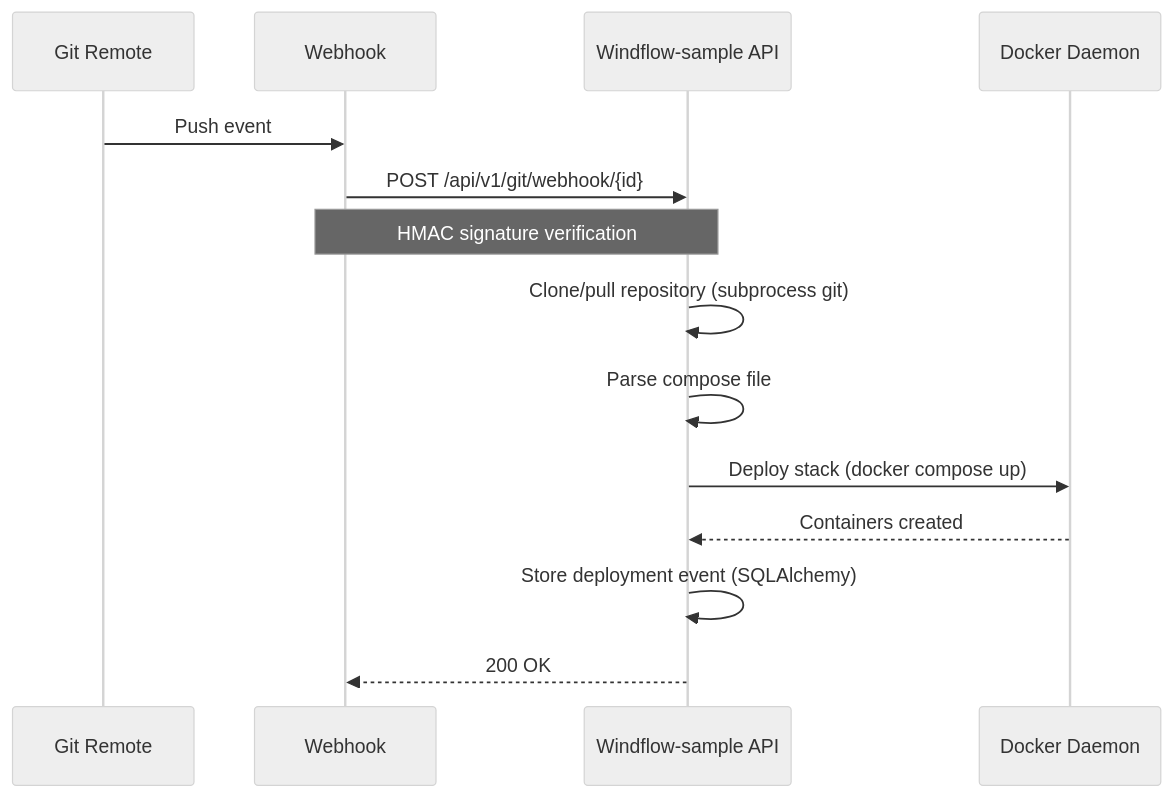
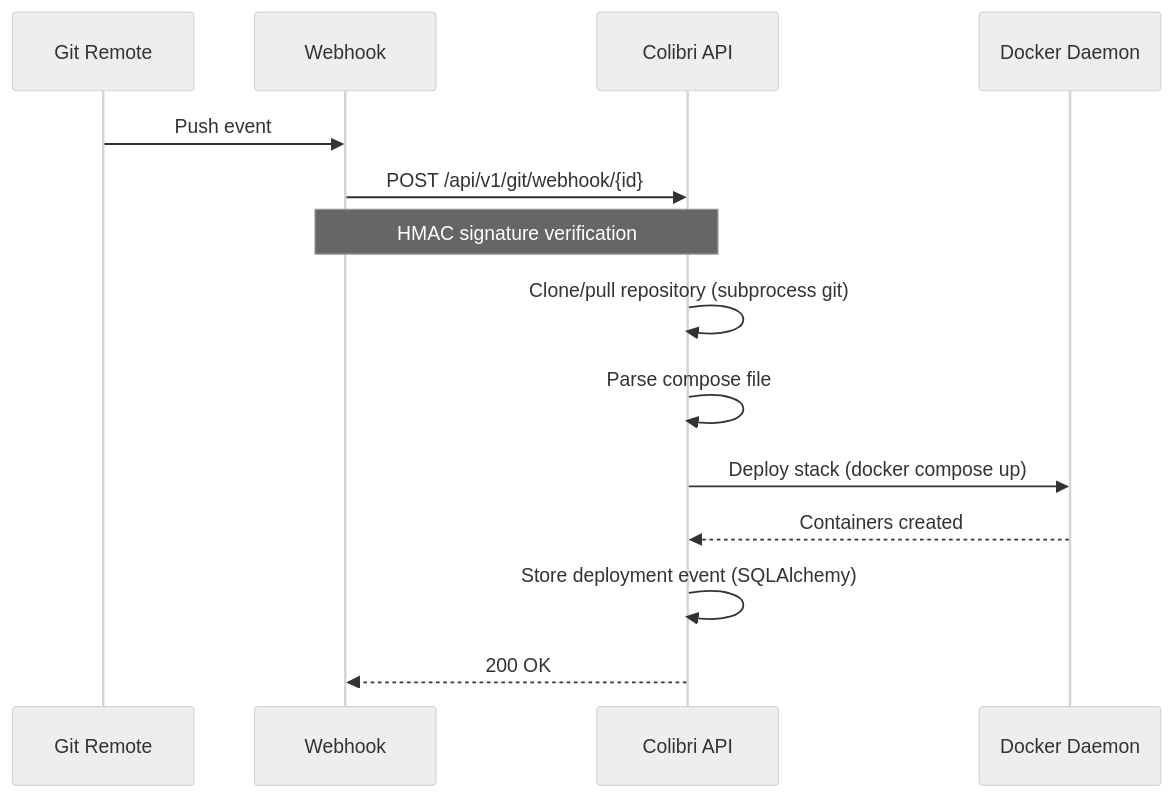
One commit to stefapi/windflow changed the third of 4 diagrams in docs_colibri/01-ARCHITECTURE.md. Above: the diagram before and after it, drawn with Mermaid (neutral theme). The commit also changed other lines of this file and 12 other files, not shown here.

````diff
--- a/docs_colibri/01-ARCHITECTURE.md
+++ b/docs_colibri/01-ARCHITECTURE.md
@@ -109,17 +109,17 @@
 ```mermaid
 sequenceDiagram
     participant Git as Git Remote
     participant Webhook as Webhook
-    participant API as Windflow-sample API
+    participant API as Colibri API
     participant Docker as Docker Daemon
 
     Git->>Webhook: Push event
     Webhook->>API: POST /api/v1/git/webhook/{id}
     Note over Webhook,API: HMAC signature verification
     API->>API: Clone/pull repository (subprocess git)
     API->>API: Parse compose file
     API->>Docker: Deploy stack (docker compose up)
     Docker-->>API: Containers created
     API->>API: Store deployment event (SQLAlchemy)
     API-->>Webhook: 200 OK
 ```
````
